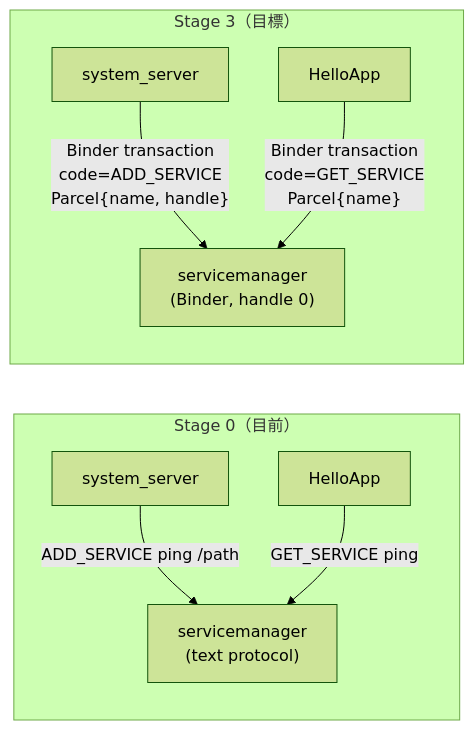
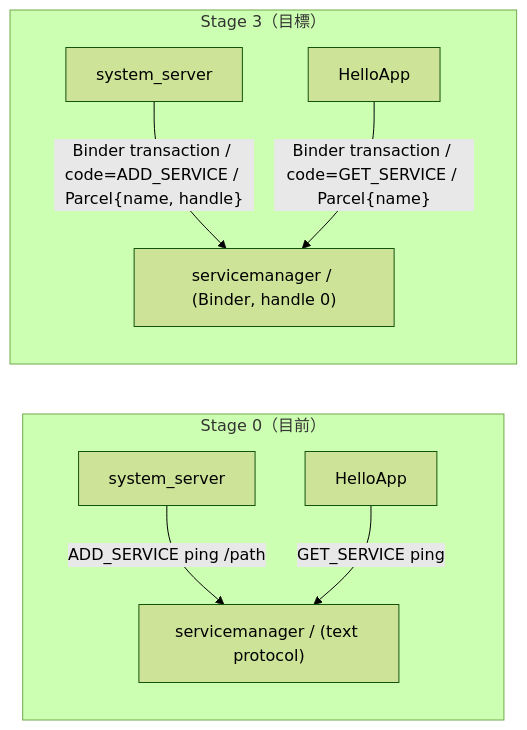
Diagram 13 of 26 in docs/learning-guide.md (Owen771/mini-AOSP), drawn with Mermaid (forest theme) before and after one commit. The commit also changed other lines of this file and 34 other files, not shown here.

````diff
--- a/docs/learning-guide.md
+++ b/docs/learning-guide.md
@@ -1331,12 +1353,12 @@
 ```mermaid
 graph LR
-    subgraph "Stage 0（目前）"
-        A1["system_server"] -->|"ADD_SERVICE ping /path\n"| SM1["servicemanager<br/>(text protocol)"]
-        A2["HelloApp"] -->|"GET_SERVICE ping\n"| SM1
-    end
+ subgraph "Stage 0（目前）"
+ A1["system_server"] -->|"ADD_SERVICE ping /path\n"| SM1["servicemanager / (text protocol)"]
+ A2["HelloApp"] -->|"GET_SERVICE ping\n"| SM1
+ end
 
-    subgraph "Stage 3（目標）"
-        B1["system_server"] -->|"Binder transaction<br/>code=ADD_SERVICE<br/>Parcel{name, handle}"| SM2["servicemanager<br/>(Binder, handle 0)"]
-        B2["HelloApp"] -->|"Binder transaction<br/>code=GET_SERVICE<br/>Parcel{name}"| SM2
-    end
+ subgraph "Stage 3（目標）"
+ B1["system_server"] -->|"Binder transaction / code=ADD_SERVICE / Parcel{name, handle}"| SM2["servicemanager / (Binder, handle 0)"]
+ B2["HelloApp"] -->|"Binder transaction / code=GET_SERVICE / Parcel{name}"| SM2
+ end
 ```
````
